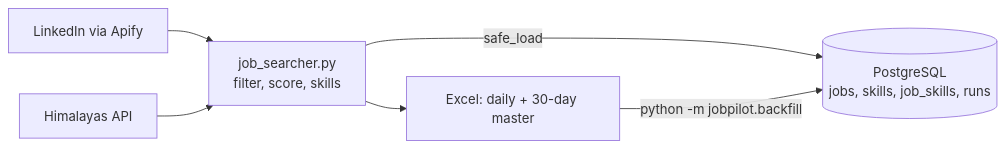
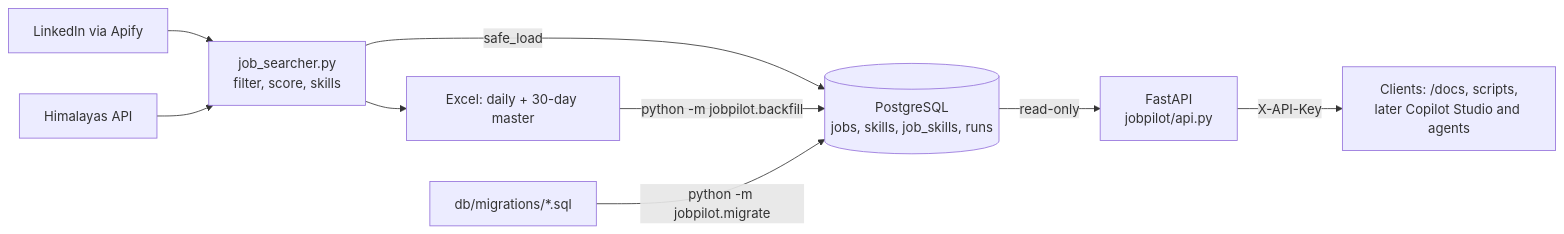
Before and after one commit to kaankababulut/jobpilot: the diagram in README.md, drawn with Mermaid. The commit also changed other lines of this file and 2 other files, not shown here.

First line of the commit message:
Document the API, migrations and CI

````diff
--- a/README.md
+++ b/README.md
@@ -12,8 +14,11 @@
 ```mermaid
 flowchart LR
     A[LinkedIn via Apify] --> J[job_searcher.py<br/>filter, score, skills]
     H[Himalayas API] --> J
     J --> X[Excel: daily + 30-day master]
     J -- safe_load --> P[(PostgreSQL<br/>jobs, skills, job_skills, runs)]
     X -- python -m jobpilot.backfill --> P
+    M[db/migrations/*.sql] -- python -m jobpilot.migrate --> P
+    P -- read-only --> API[FastAPI<br/>jobpilot/api.py]
+    API -- X-API-Key --> C[Clients: /docs, scripts,<br/>later Copilot Studio and agents]
 ```
````
